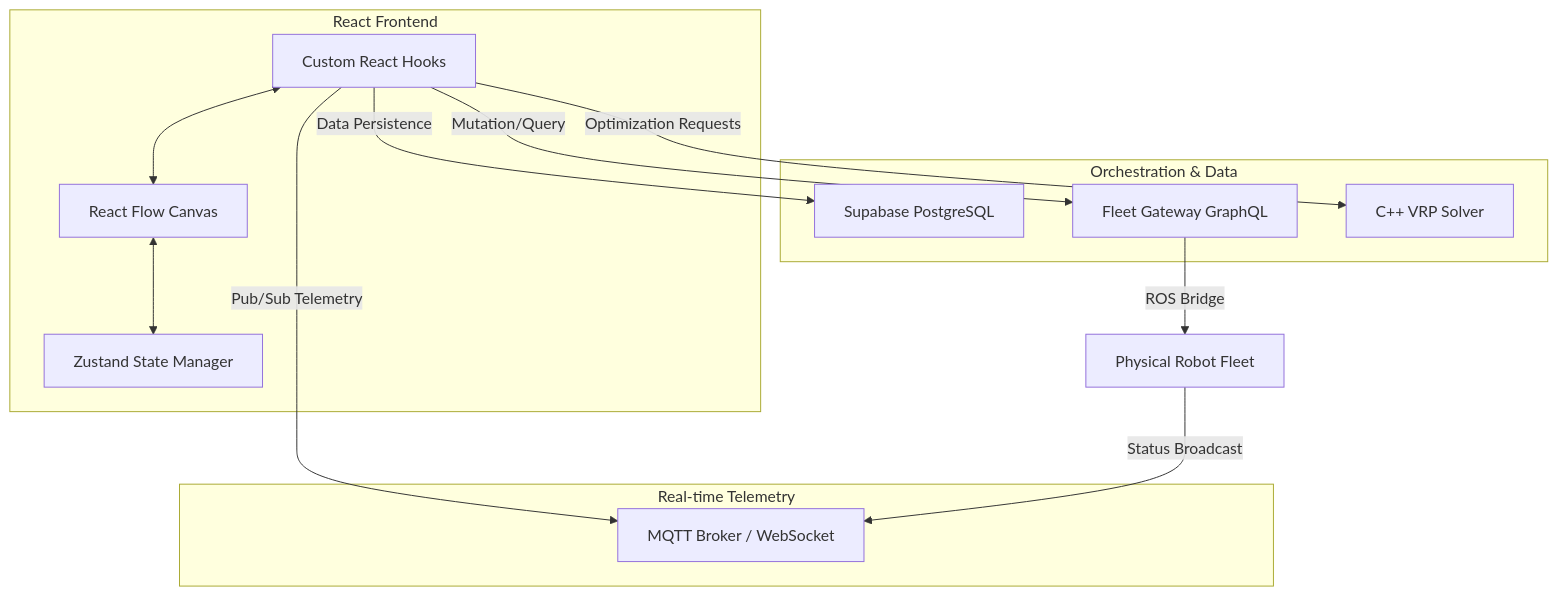
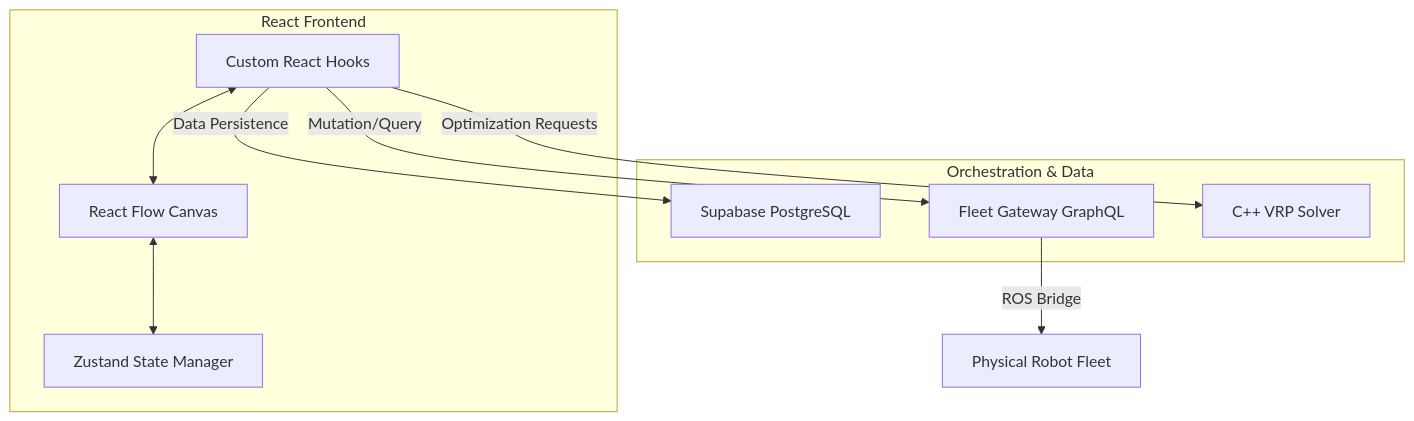
Before and after one commit to Thadzy/Lertvilai-Fleet-Frontend: the diagram in README.md, drawn with Mermaid. The commit also changed other lines of this file, not shown here.

First line of the commit message:
Revise telemetry and update robot operation steps

````diff
--- a/README.md
+++ b/README.md
@@ -13,29 +13,23 @@
 ```mermaid
 graph TD
     subgraph Client_Side [React Frontend]
         UI[React Flow Canvas]
         Store[Zustand State Manager]
         Hooks[Custom React Hooks]
-    end
-
-    subgraph Telemetry_Layer [Real-time Telemetry]
-        MQTT[MQTT Broker / WebSocket]
     end
 
     subgraph Backend_Services [Orchestration & Data]
         Supabase[Supabase PostgreSQL]
         Gateway[Fleet Gateway GraphQL]
         VRP[C++ VRP Solver]
     end
 
     UI <--> Store
     Hooks <--> UI
     
-    Hooks -- "Pub/Sub Telemetry" --> MQTT
     Hooks -- "Mutation/Query" --> Gateway
     Hooks -- "Optimization Requests" --> VRP
     Hooks -- "Data Persistence" --> Supabase
     
     Gateway -- "ROS Bridge" --> Robots[Physical Robot Fleet]
-    Robots -- "Status Broadcast" --> MQTT
 ```
````
